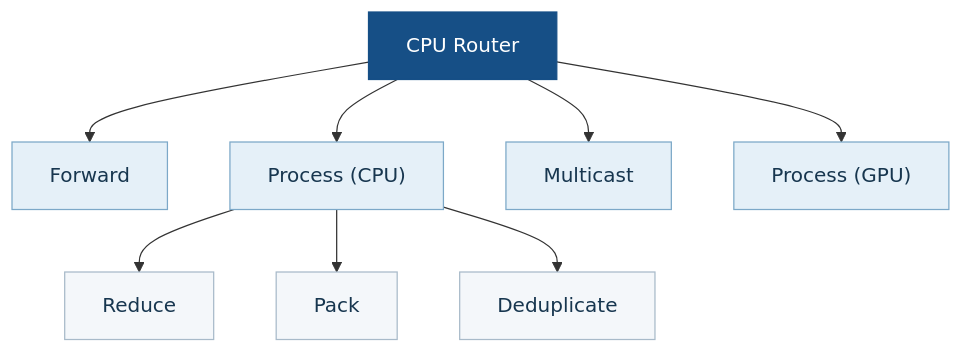
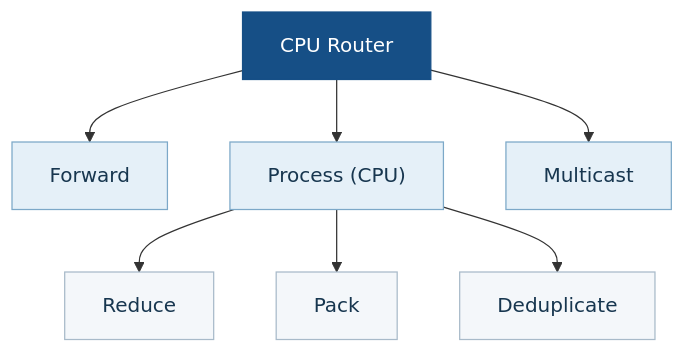
One commit to 0z5a/uccl changed the diagram in experimental/lite/README.md. Above: the diagram before and after it, drawn with Mermaid. The commit also changed other lines of this file, not shown here.

Commit message:
docs(lite): remove GPU process stage from CPU router diagram

````diff
--- a/experimental/lite/README.md
+++ b/experimental/lite/README.md
@@ -134,26 +133,24 @@
 ```mermaid
 flowchart TB
     R["CPU Router"]
     F["Forward"]
     PC["Process (CPU)"]
     M["Multicast"]
-    PG["Process (GPU)"]
     RED["Reduce"]
     PACK["Pack"]
     DEDUP["Deduplicate"]
 
     R --> F
     R --> PC
     R --> M
-    R --> PG
     PC --> RED
     PC --> PACK
     PC --> DEDUP
 
     classDef router fill:#164F86,stroke:#164F86,color:#fff
     classDef stage fill:#E5F0F8,stroke:#7CA8C8,color:#17364F
     classDef operator fill:#F4F7FA,stroke:#A8BAC9,color:#17364F
     class R router
-    class F,PC,M,PG stage
+    class F,PC,M stage
     class RED,PACK,DEDUP operator
 ```
````
